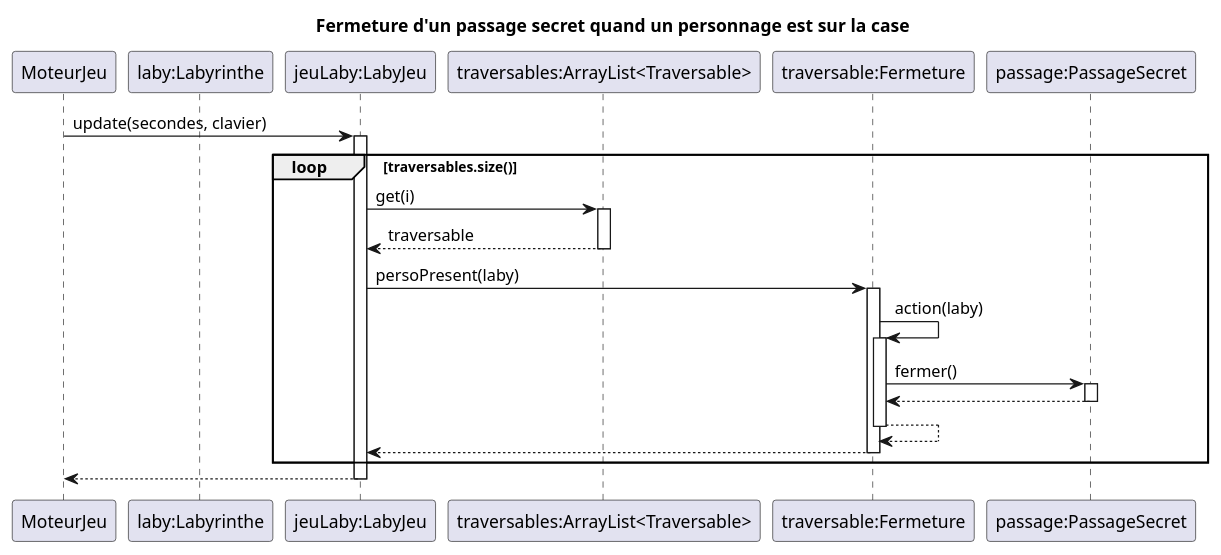
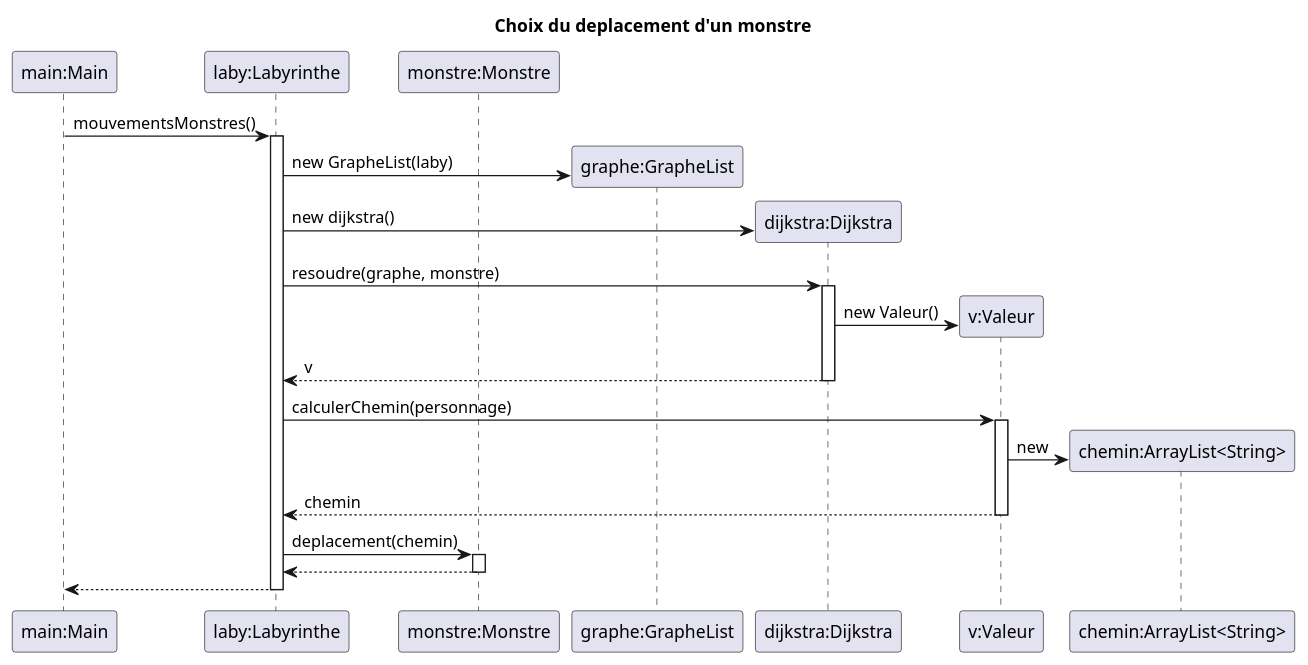
One commit to adrienMGN/2024_Zeldiablo_mangin225u_dewasch2u_favier36u_fontaine_noel332u changed the diagram in zeldiablo/src/gameLaby/Fonctionnement_Sequence.puml. Above: the diagram before and after it, drawn with PlantUML.

Commit message:
diagramme sequence choix deplacement

```diff
--- a/zeldiablo/src/gameLaby/Fonctionnement_Sequence.puml
+++ b/zeldiablo/src/gameLaby/Fonctionnement_Sequence.puml
@@ -1,35 +1,38 @@
 @startuml
-title Fermeture d'un passage secret quand un personnage est sur la case
+title Choix du deplacement d'un monstre
+
+participant "main:Main" as main
+participant "laby:Labyrinthe" as laby
+participant "monstre:Monstre" as monstre
 
 
-participant MoteurJeu
-participant "laby:Labyrinthe" as laby
-participant "jeuLaby:LabyJeu" as jeuLaby
-participant "traversables:ArrayList<Traversable>" as traversables
-participant "traversable:Fermeture" as traversable
-participant "passage:PassageSecret" as passage
+main -> laby: mouvementsMonstres()
+activate laby
+create "graphe:GrapheList" as graphe
+laby -> graphe: new GrapheList(laby)
+create "dijkstra:Dijkstra" as dijkstra
+laby -> dijkstra: new dijkstra()
 
-MoteurJeu -> jeuLaby : update(secondes, clavier)
-activate jeuLaby
-loop traversables.size()
-    jeuLaby -> traversables : get(i)
-    activate traversables
-    traversables --> jeuLaby : traversable
-    deactivate traversables
+laby -> dijkstra: resoudre(graphe, monstre)
+activate dijkstra
+create "v:Valeur" as v
+dijkstra -> v: new Valeur()
+dijkstra --> laby: v
+deactivate dijkstra
 
-    jeuLaby -> traversable : persoPresent(laby)
-    activate traversable
-    traversable -> traversable : action(laby)
-    activate traversable
-    traversable -> passage : fermer()
-    activate passage
-    passage --> traversable
-    deactivate passage
-    traversable --> traversable
-    deactivate traversable
-    traversable --> jeuLaby
-    deactivate traversable
-end
-    jeuLaby --> MoteurJeu
-    deactivate jeuLaby
+laby -> v: calculerChemin(personnage)
+activate v
+create "chemin:ArrayList<String>" as chemin
+v -> chemin: new
+v --> laby: chemin
+deactivate v
+
+laby -> monstre: deplacement(chemin)
+activate monstre
+monstre --> laby
+deactivate monstre
+
+laby --> main
+deactivate laby
+
 @enduml
```
